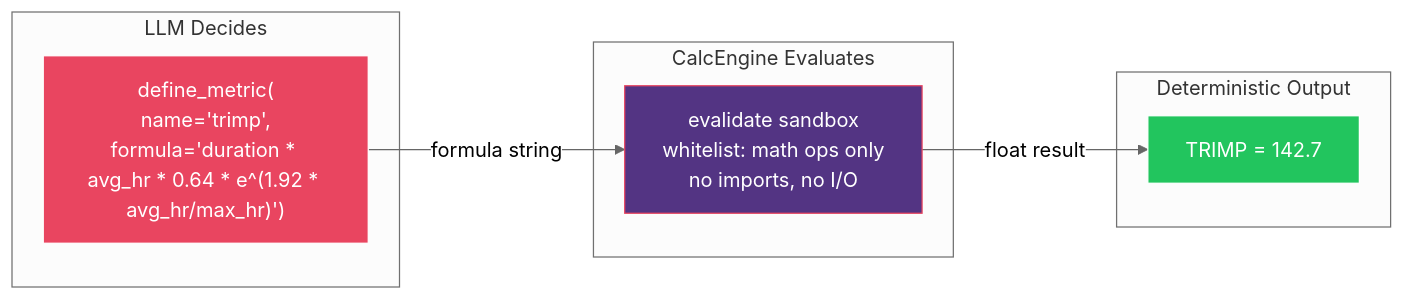
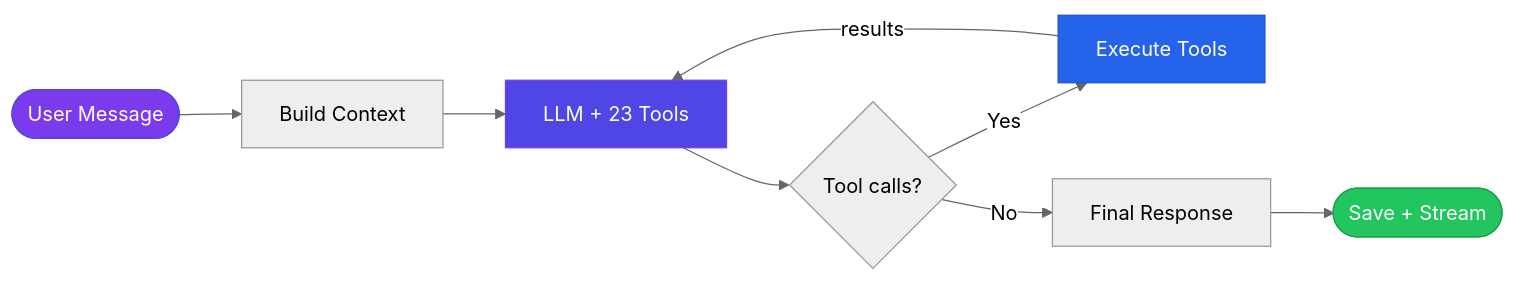
One commit to RnltLabs/athletly-backend changed the second of 9 diagrams in README.md. Above: the diagram before and after it, drawn with Mermaid (neutral theme). The commit also changed other lines of this file, not shown here.

First line of the commit message:
docs: simplify README diagrams, apply Athletly colors, add TOC

````diff
--- a/README.md
+++ b/README.md
@@ -123,21 +113,15 @@
 ```mermaid
 flowchart LR
-    subgraph LLM["LLM Decides"]
-        A["define_metric(<br/>name='trimp',<br/>formula='duration * avg_hr * 0.64 * e^(1.92 * avg_hr/max_hr)')"]
-    end
+    A(["User Message"]) --> B["Build Context"]
+    B --> C["LLM + 23 Tools"]
+    C --> D{Tool calls?}
+    D -->|"Yes"| E["Execute Tools"]
+    E -->|"results"| C
+    D -->|"No"| F["Final Response"]
+    F --> G(["Save + Stream"])
 
-    subgraph Engine["CalcEngine Evaluates"]
-        B["evalidate sandbox<br/>whitelist: math ops only<br/>no imports, no I/O"]
-    end
-
-    subgraph Result["Deterministic Output"]
-        C["TRIMP = 142.7"]
-    end
-
-    A -->|"formula string"| B
-    B -->|"float result"| C
-
-    style A fill:#e94560,stroke:#fff,color:#fff
-    style B fill:#533483,stroke:#e94560,color:#fff
-    style C fill:#22C55E,stroke:#fff,color:#fff
+    style A fill:#7C3AED,stroke:#4F46E5,color:#fff
+    style C fill:#4F46E5,stroke:#7C3AED,color:#fff
+    style E fill:#2563EB,stroke:#1D4ED8,color:#fff
+    style G fill:#22C55E,stroke:#16A34A,color:#fff
 ```
````
